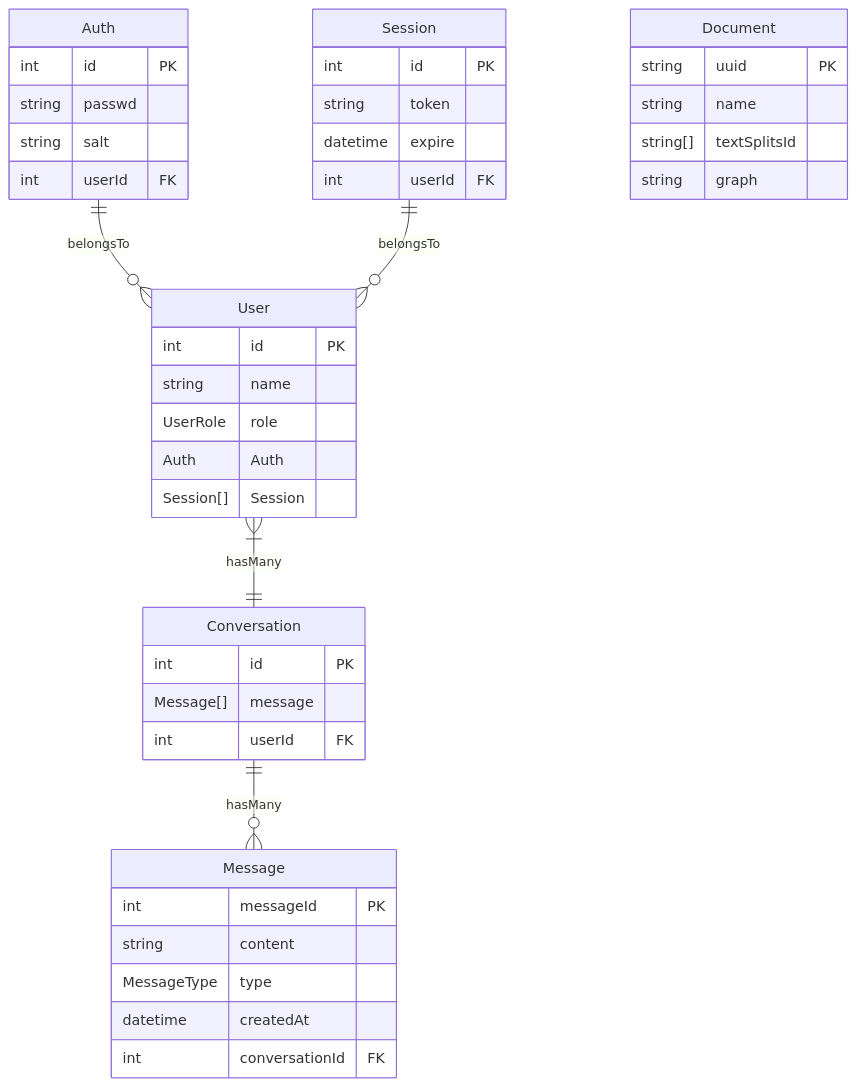
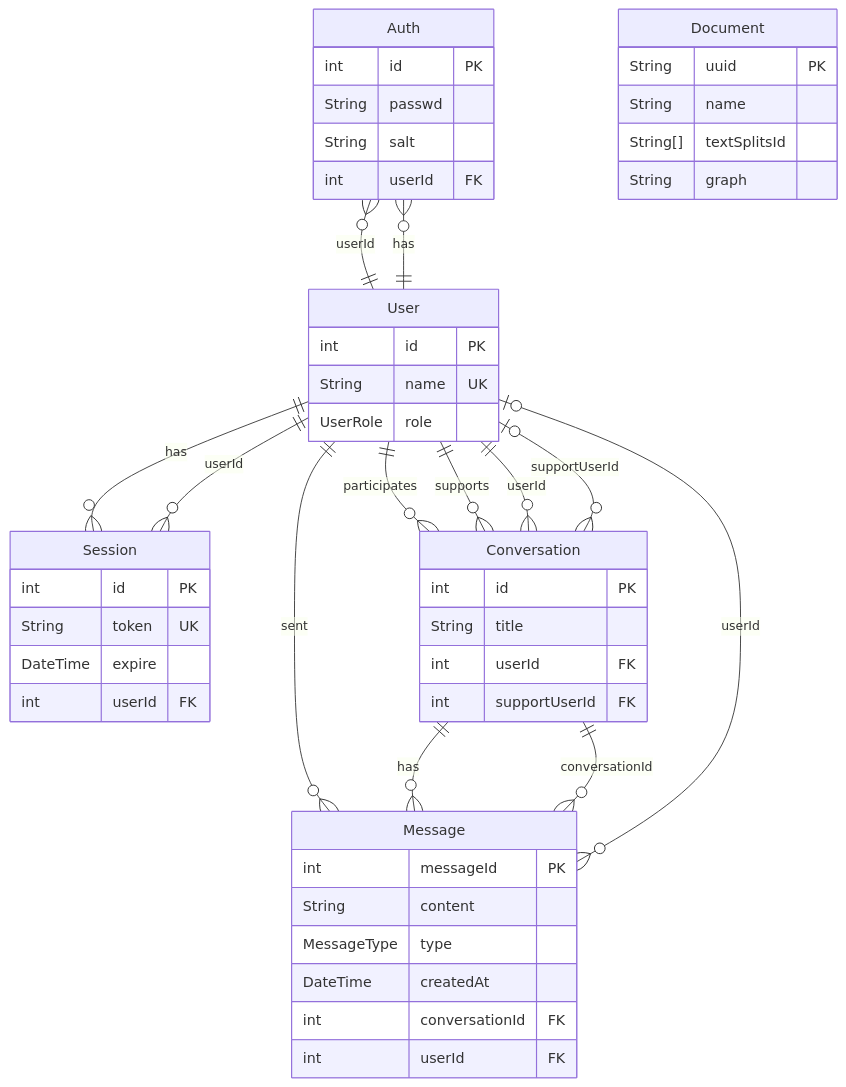
The ninth of 12 diagrams in docs/test.md (AceDroidX/SageSupport), drawn with Mermaid before and after one commit. The commit also changed other lines of this file, not shown here.

````diff
--- a/docs/test.md
+++ b/docs/test.md
@@ -232,49 +232,53 @@
 ```mermaid
 erDiagram
-    Auth ||--o{ User : "belongsTo"
-    Session ||--o{ User : "belongsTo"
-    User }|--|| Conversation : "hasMany"
-    Conversation ||--o{ Message : "hasMany"
-    Document {
-        string uuid PK
-        string name
-        string[] textSplitsId
-        string graph
-    }
+  Auth {
+    int id PK
+    String passwd
+    String salt
+    int userId FK
+  }
+  Session {
+    int id PK
+    String token UK
+    DateTime expire
+    int userId FK
+  }
+  User {
+    int id PK
+    String name UK
+    UserRole role
+  }
+  Conversation {
+    int id PK
+    String title
+    int userId FK
+    int supportUserId FK
+  }
+  Message {
+    int messageId PK
+    String content
+    MessageType type
+    DateTime createdAt
+    int conversationId FK
+    int userId FK
+  }
+  Document {
+      String uuid PK
+      String name
+      String[] textSplitsId
+      String graph
+  }
 
-    Auth {
-        int id PK
-        string passwd
-        string salt
-        int userId FK
-    }
-
-    Session {
-        int id PK
-        string token
-        datetime expire
-        int userId FK
-    }
-
-    User {
-        int id PK
-        string name
-        UserRole role
-        Auth Auth
-        Session[] Session
-    }
-
-    Conversation {
-        int id PK
-        Message[] message
-        int userId FK
-    }
-
-    Message {
-        int messageId PK
-        string content
-        MessageType type
-        datetime createdAt
-        int conversationId FK
-    }
+  User ||--o{ Auth : has
+  User ||--o{ Session : has
+  User ||--o{ Conversation : participates
+  User ||--o{ Conversation : supports
+  User ||--o{ Message : sent
+  Conversation ||--o{ Message : has
+  Auth }o--|| User : "userId"
+  Session }o--|| User : "userId"
+  Conversation }o--|| User : "userId"
+  Conversation }o--o| User : "supportUserId"
+  Message }o--|| Conversation : "conversationId"
+  Message }o--o| User : "userId"
 ```
````
